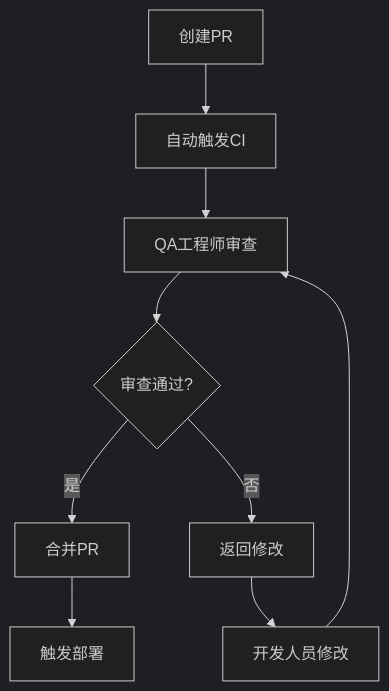
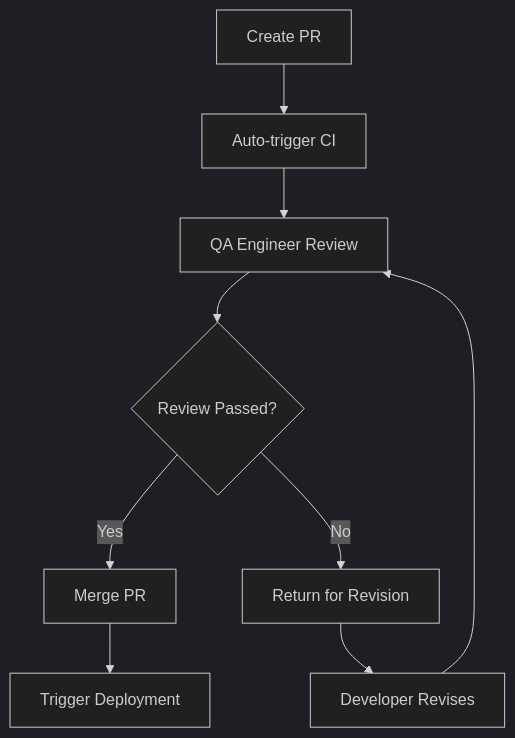
The second of 4 diagrams in docs/level3/workflow-system.md (fallrising/bee_swarm), drawn with Mermaid (dark theme) before and after one commit. The commit also changed other lines of this file and 8 other files, not shown here.

````diff
--- a/docs/level3/workflow-system.md
+++ b/docs/level3/workflow-system.md
@@ -36,11 +36,11 @@
 ```mermaid
 graph TD
-    A[创建PR] --> B[自动触发CI]
-    B --> C[QA工程师审查]
-    C --> D{审查通过?}
-    D -->|是| E[合并PR]
-    D -->|否| F[返回修改]
-    F --> G[开发人员修改]
+    A[Create PR] --> B[Auto-trigger CI]
+    B --> C[QA Engineer Review]
+    C --> D{Review Passed?}
+    D -->|Yes| E[Merge PR]
+    D -->|No| F[Return for Revision]
+    F --> G[Developer Revises]
     G --> C
-    E --> H[触发部署]
+    E --> H[Trigger Deployment]
 ```
````
